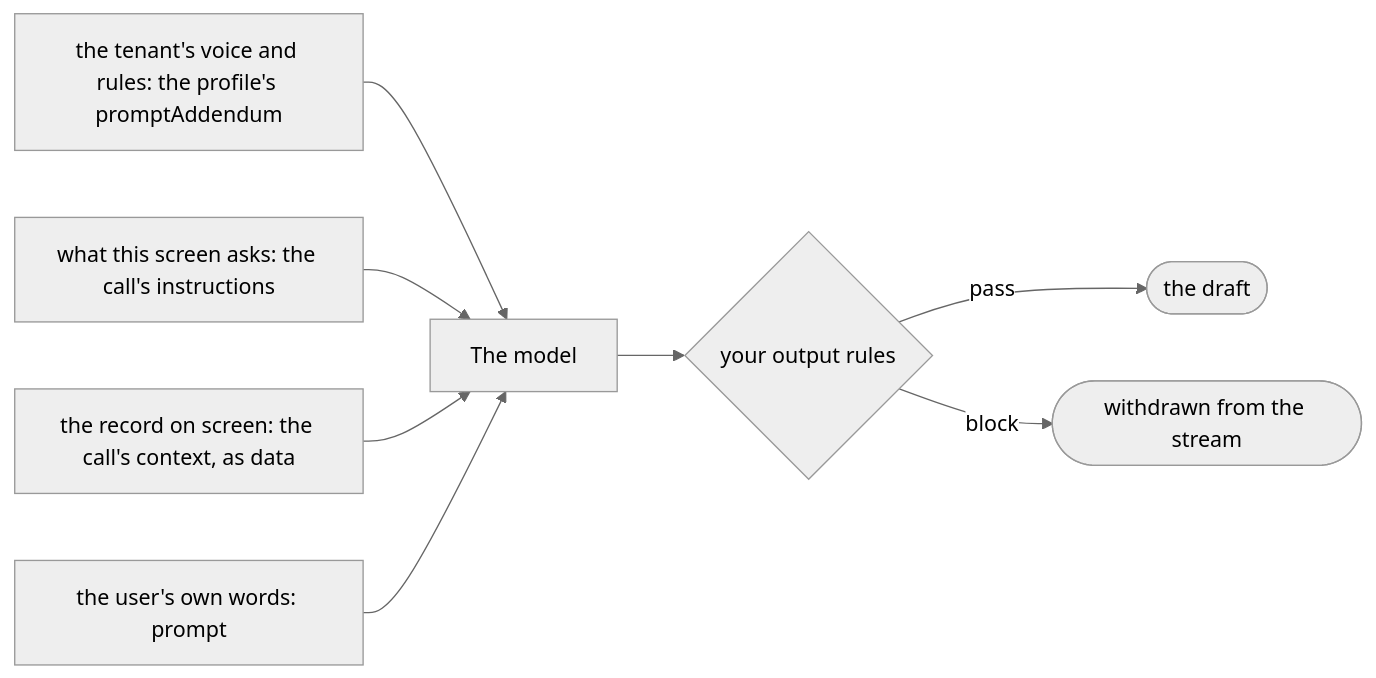
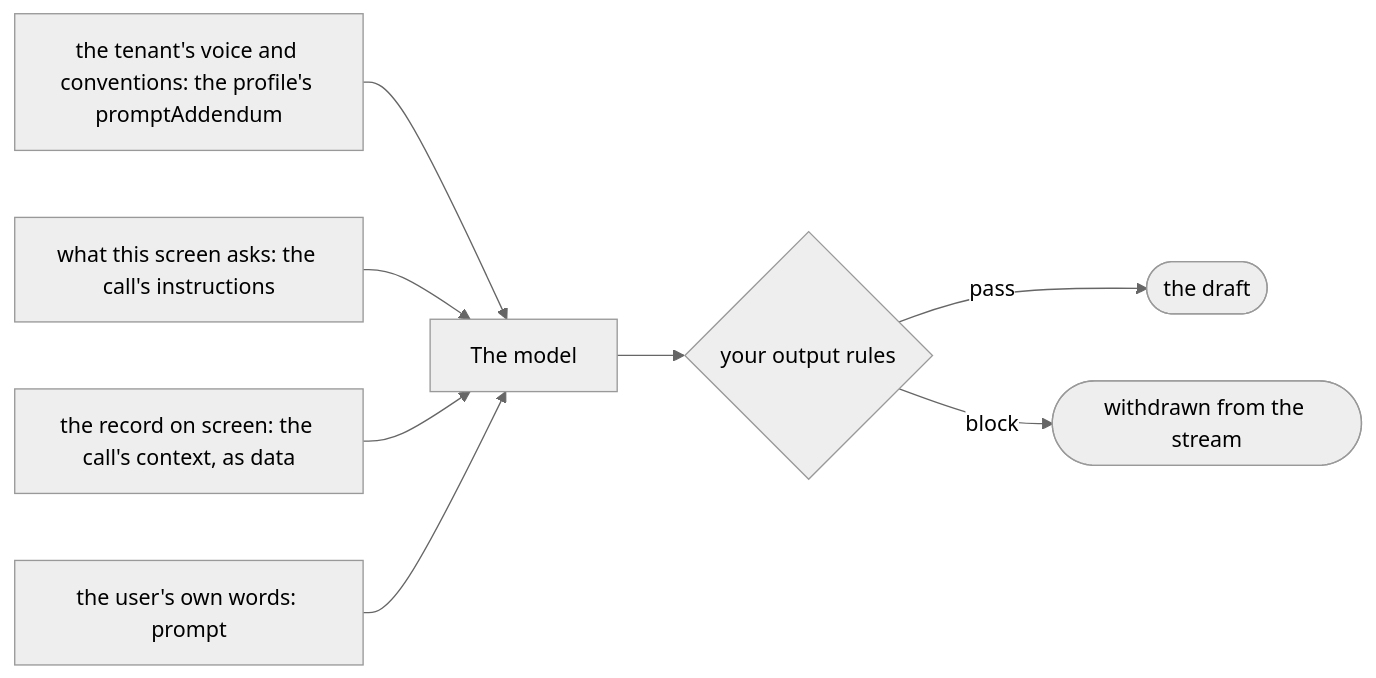
Before and after one commit to aneldev/dyna-ai-gateway: the diagram in docs/24-learning-paths/110-generate-content.md, drawn with Mermaid (neutral theme). The commit also changed other lines of this file and 15 other files, not shown here.

````diff
--- a/docs/24-learning-paths/110-generate-content.md
+++ b/docs/24-learning-paths/110-generate-content.md
@@ -46,10 +46,10 @@
 ```mermaid
 flowchart LR
-  P["the tenant's voice and rules: the profile's promptAddendum"] --> M["The model"]
+  P["the tenant's voice and conventions: the profile's promptAddendum"] --> M["The model"]
   I["what this screen asks: the call's instructions"] --> M
   C["the record on screen: the call's context, as data"] --> M
   U["the user's own words: prompt"] --> M
   M --> R{"your output rules"}
   R -->|pass| D(["the draft"])
   R -->|block| W(["withdrawn from the stream"])
 ```
````
